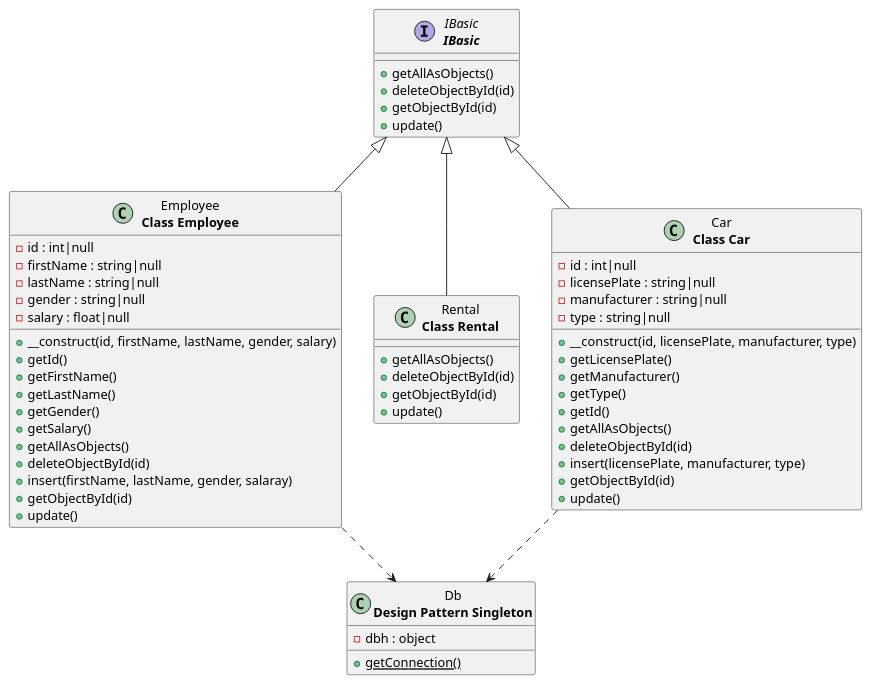
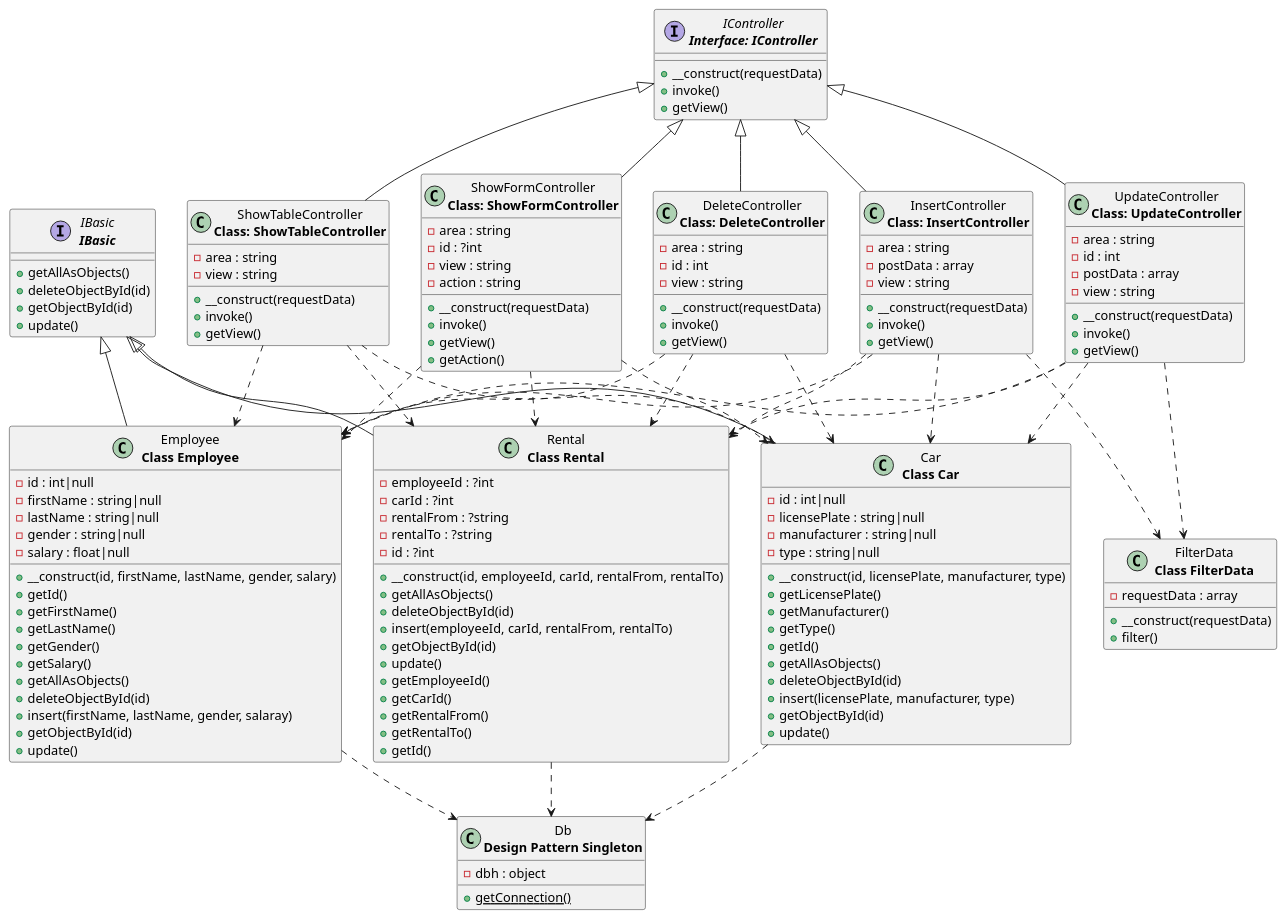
The diagram in doc/uml_classes.puml (23b00t/company), drawn with PlantUML before and after one commit. The commit also changed other lines of this file, not shown here.

Commit message:
updated UML class diagramm

```diff
--- a/doc/uml_classes.puml
+++ b/doc/uml_classes.puml
@@ -1,57 +1,144 @@
 @startuml
   class "Employee\n<b>Class Employee</b>" as Employee {
     -id : int|null
     -firstName : string|null
     -lastName : string|null
     -gender : string|null
     -salary : float|null
     +__construct(id, firstName, lastName, gender, salary)
     +getId()
     +getFirstName()
     +getLastName()
     +getGender()
     +getSalary()
     +getAllAsObjects()
     +deleteObjectById(id)
     +insert(firstName, lastName, gender, salaray)
     +getObjectById(id)
     +update()
   }
   class "Rental\n<b>Class Rental</b>" as Rental {
+    -employeeId : ?int
+    -carId : ?int
+    -rentalFrom : ?string
+    -rentalTo : ?string
+    -id : ?int
+    +__construct(id, employeeId, carId, rentalFrom, rentalTo)
     +getAllAsObjects()
     +deleteObjectById(id)
+    +insert(employeeId, carId, rentalFrom, rentalTo)
     +getObjectById(id)
     +update()
+    +getEmployeeId()
+    +getCarId()
+    +getRentalFrom()
+    +getRentalTo()
+    +getId()
+  }
+  class "FilterData\n<b>Class FilterData</b>" as FilterData {
+    -requestData : array
+    +__construct(requestData)
+    +filter()
   }
   interface "IBasic\n<b>IBasic</b>" as IBasic {
     +getAllAsObjects()
     +deleteObjectById(id)
     +getObjectById(id)
     +update()
   }
+  class "InsertController\n<b>Class: InsertController</b>" as InsertController {
+    -area : string
+    -postData : array
+    -view : string
+    +__construct(requestData)
+    +invoke()
+    +getView()
+  }
+  interface "IController\n<b>Interface: IController</b>" as IController {
+    +__construct(requestData)
+    +invoke()
+    +getView()
+  }
+  class "ShowTableController\n<b>Class: ShowTableController</b>" as ShowTableController {
+    -area : string
+    -view : string
+    +__construct(requestData)
+    +invoke()
+    +getView()
+  }
   class "Db\n<b>Design Pattern Singleton</b>" as Db {
     -dbh : object
     {static} +getConnection()
+  }
+  class "ShowFormController\n<b>Class: ShowFormController</b>" as ShowFormController {
+    -area : string
+    -id : ?int
+    -view : string
+    -action : string
+    +__construct(requestData)
+    +invoke()
+    +getView()
+    +getAction()
+  }
+  class "UpdateController\n<b>Class: UpdateController</b>" as UpdateController {
+    -area : string
+    -id : int
+    -postData : array
+    -view : string
+    +__construct(requestData)
+    +invoke()
+    +getView()
   }
   class "Car\n<b>Class Car</b>" as Car {
     -id : int|null
     -licensePlate : string|null
     -manufacturer : string|null
     -type : string|null
     +__construct(id, licensePlate, manufacturer, type)
     +getLicensePlate()
     +getManufacturer()
     +getType()
     +getId()
     +getAllAsObjects()
     +deleteObjectById(id)
     +insert(licensePlate, manufacturer, type)
     +getObjectById(id)
     +update()
   }
+  class "DeleteController\n<b>Class: DeleteController</b>" as DeleteController {
+    -area : string
+    -id : int
+    -view : string
+    +__construct(requestData)
+    +invoke()
+    +getView()
+  }
   Car ..> Db
+  DeleteController ..> Car
+  DeleteController ..> Employee
+  DeleteController ..> Rental
   Employee ..> Db
   IBasic <|-- Car
   IBasic <|-- Employee
   IBasic <|-- Rental
+  IController <|-- DeleteController
+  IController <|-- InsertController
+  IController <|-- ShowFormController
+  IController <|-- ShowTableController
+  IController <|-- UpdateController
+  InsertController ..> Car
+  InsertController ..> Employee
+  InsertController ..> FilterData
+  InsertController ..> Rental
+  Rental ..> Db
+  ShowFormController ..> Car
+  ShowFormController ..> Employee
+  ShowFormController ..> Rental
+  ShowTableController ..> Car
+  ShowTableController ..> Employee
+  ShowTableController ..> Rental
+  UpdateController ..> Car
+  UpdateController ..> Employee
+  UpdateController ..> FilterData
+  UpdateController ..> Rental
 @enduml
```
